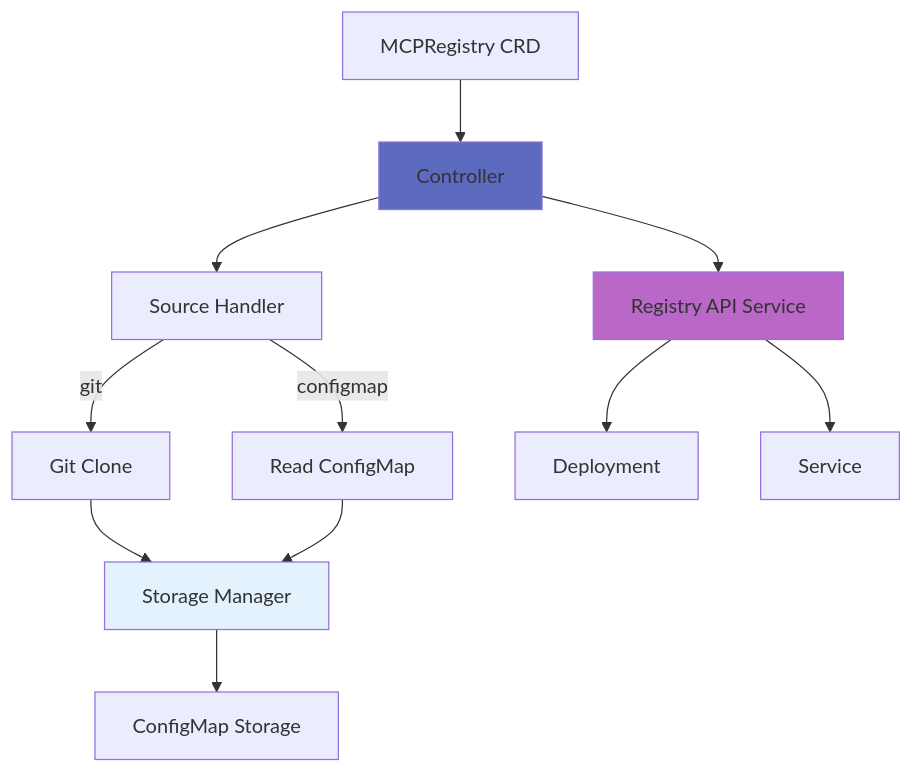
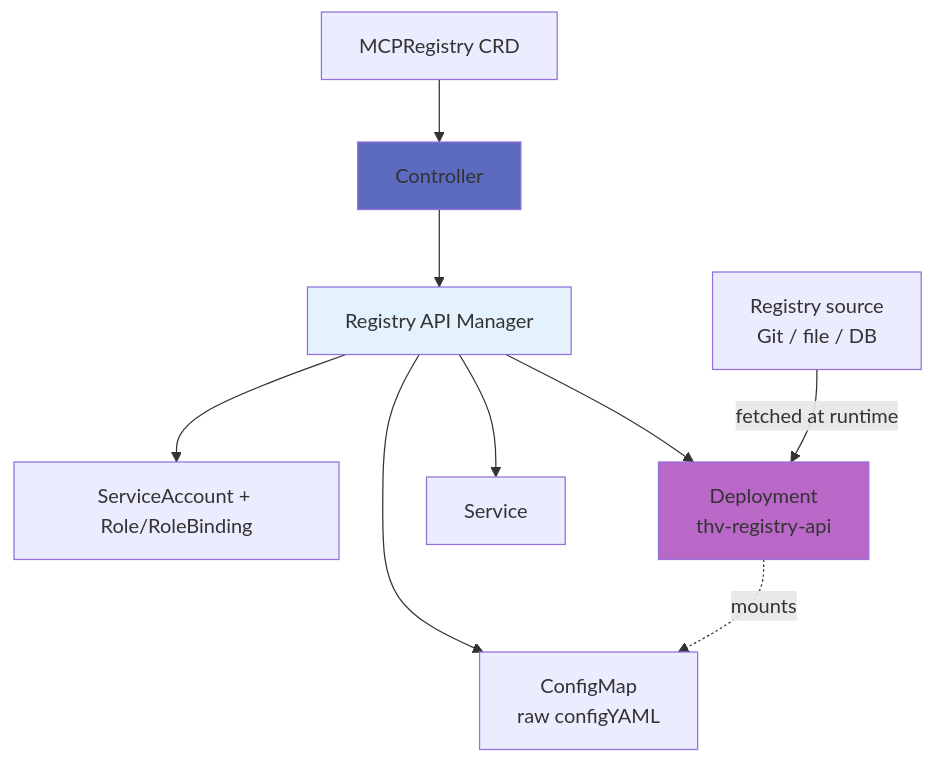
The fourth of 4 diagrams in docs/arch/09-operator-architecture.md (stacklok/toolhive), drawn with Mermaid before and after one commit. The commit also changed other lines of this file and 14 other files, not shown here.

````diff
--- a/docs/arch/09-operator-architecture.md
+++ b/docs/arch/09-operator-architecture.md
@@ -552,21 +602,18 @@
 ```mermaid
 graph TB
     MCPReg[MCPRegistry CRD] --> Controller[Controller]
-    Controller --> Source[Source Handler]
+    Controller --> Manager[Registry API Manager]
 
-    Source -->|git| Git[Git Clone]
-    Source -->|configmap| CM[Read ConfigMap]
+    Manager --> CM[ConfigMap<br/>raw configYAML]
+    Manager --> SA[ServiceAccount + Role/RoleBinding]
+    Manager --> Deploy[Deployment<br/>thv-registry-api]
+    Manager --> SVC[Service]
 
-    Git --> Storage[Storage Manager]
-    CM --> Storage
+    Deploy -.mounts.-> CM
 
-    Storage --> ConfigMap[ConfigMap Storage]
-    Controller --> API[Registry API Service]
-
-    API --> Deploy[Deployment]
-    API --> SVC[Service]
+    Source[Registry source<br/>Git / file / DB] -->|fetched at runtime| Deploy
 
     style Controller fill:#5c6bc0
-    style Storage fill:#e3f2fd
-    style API fill:#ba68c8
+    style Manager fill:#e3f2fd
+    style Deploy fill:#ba68c8
 ```
````
